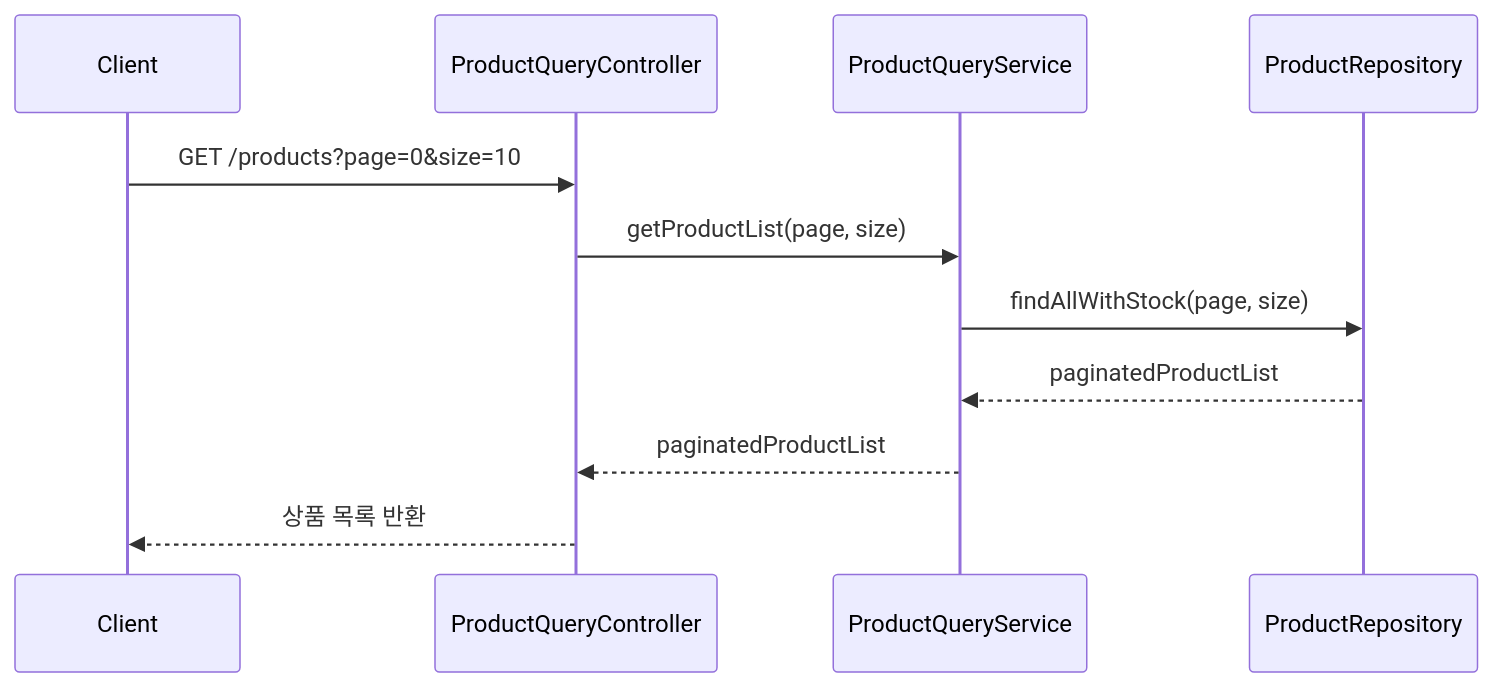
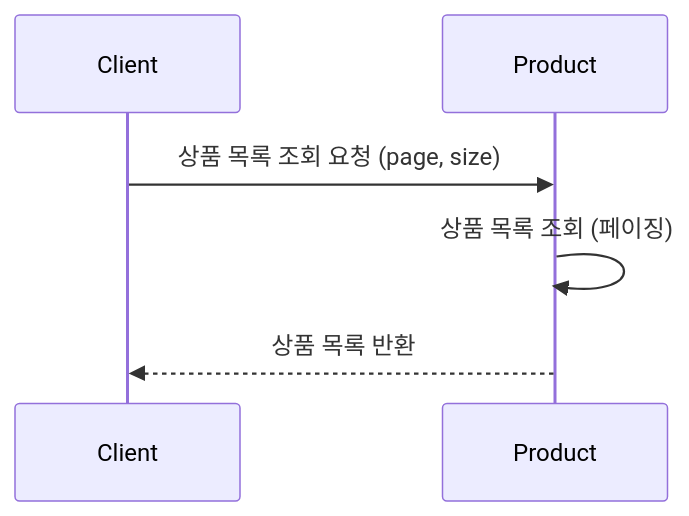
The second of 5 diagrams in docs/SEQUENCE_DIAGRAM.md (boldfaced7/hhplus-e-commerce), drawn with Mermaid before and after one commit. The commit also changed other lines of this file, not shown here.

````diff
--- a/docs/SEQUENCE_DIAGRAM.md
+++ b/docs/SEQUENCE_DIAGRAM.md
@@ -29,14 +20,9 @@
 ```mermaid
 sequenceDiagram
-    participant C as Client
-    participant PC as ProductQueryController
-    participant PQ as ProductQueryService
-    participant PR as ProductRepository
+    participant Client
+    participant Product
 
-    C ->> PC : GET /products?page=0&size=10
-    PC ->> PQ : getProductList(page, size)
-    PQ ->> PR : findAllWithStock(page, size)
-    PR -->> PQ : paginatedProductList
-    PQ -->> PC : paginatedProductList
-    PC -->> C : 상품 목록 반환
+    Client ->> Product: 상품 목록 조회 요청 (page, size)
+    Product ->> Product: 상품 목록 조회 (페이징)
+    Product -->> Client: 상품 목록 반환
 ```
````
